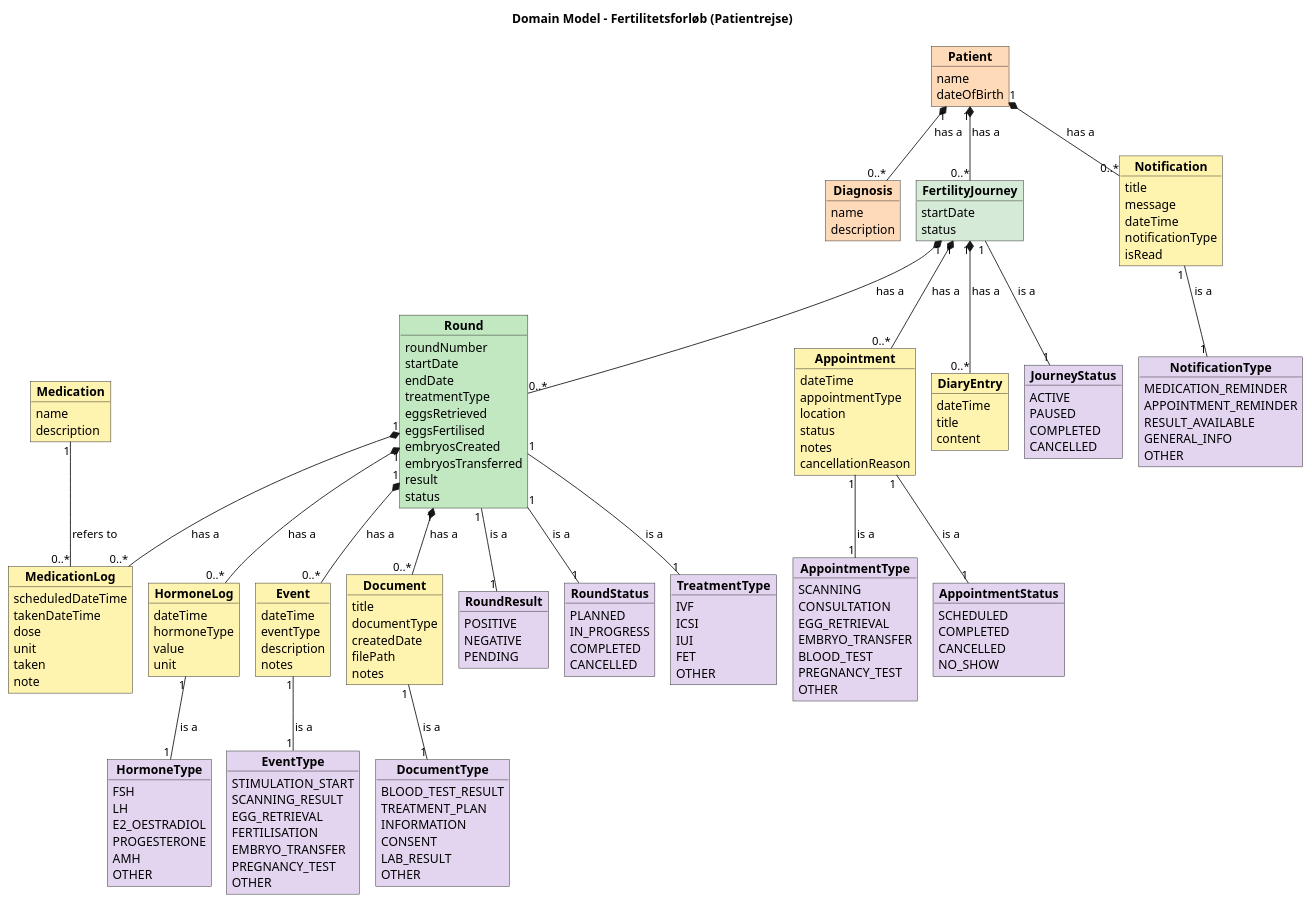
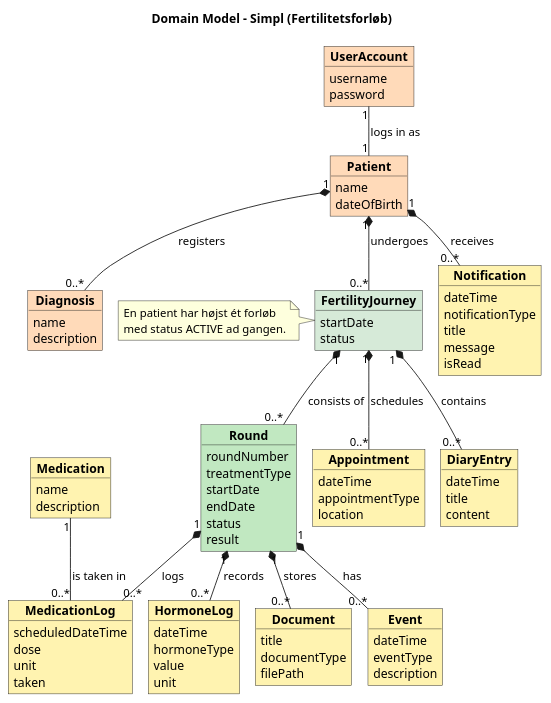
Before and after one commit to BesimaP/PET-2.semester-Simpl: the diagram in doc/static/Domænemodel1.puml, drawn with PlantUML.

Commit message:
Tasks sat ind

```diff
--- a/doc/static/Domænemodel1.puml
+++ b/doc/static/Domænemodel1.puml
@@ -1,197 +1,119 @@
 @startuml
 !pragma layout smetana
 
-title Domain Model - Fertilitetsforløb (Patientrejse)
+title Domain Model - Simpl (Fertilitetsforløb)
+
+' ---------- Bruger og patient (US5, US6, US7) ----------
+
+object "<b>UserAccount</b>" as UserAccount #FFDAB9 {
+  username
+  password
+}
 
 object "<b>Patient</b>" as Patient #FFDAB9 {
   name
   dateOfBirth
 }
 
 object "<b>Diagnosis</b>" as Diagnosis #FFDAB9 {
   name
   description
 }
 
+' ---------- Forløb og runde (US1, US10) ----------
+
 object "<b>FertilityJourney</b>" as Journey #D6EAD8 {
   startDate
   status
 }
 
 object "<b>Round</b>" as Round #C1E8C1 {
   roundNumber
+  treatmentType
   startDate
   endDate
-  treatmentType
-  eggsRetrieved
-  eggsFertilised
-  embryosCreated
-  embryosTransferred
+  status
   result
-  status
 }
+
+' ---------- Ting på forløbet (US3, US4) ----------
 
 object "<b>Appointment</b>" as Appointment #FFF3B0 {
   dateTime
   appointmentType
   location
-  status
-  notes
-  cancellationReason
+}
+
+object "<b>DiaryEntry</b>" as DiaryEntry #FFF3B0 {
+  dateTime
+  title
+  content
+}
+
+' ---------- Ting på runden (US2, US8, US9, US11) ----------
+
+object "<b>Event</b>" as Event #FFF3B0 {
+  dateTime
+  eventType
+  description
 }
 
 object "<b>Medication</b>" as Medication #FFF3B0 {
   name
   description
 }
 
 object "<b>MedicationLog</b>" as MedicationLog #FFF3B0 {
   scheduledDateTime
-  takenDateTime
   dose
   unit
   taken
-  note
 }
 
 object "<b>HormoneLog</b>" as HormoneLog #FFF3B0 {
   dateTime
   hormoneType
   value
   unit
 }
 
-object "<b>Event</b>" as Event #FFF3B0 {
-  dateTime
-  eventType
-  description
-  notes
-}
-
-object "<b>DiaryEntry</b>" as DiaryEntry #FFF3B0 {
-  dateTime
-  title
-  content
-}
-
 object "<b>Document</b>" as Document #FFF3B0 {
   title
   documentType
-  createdDate
   filePath
-  notes
 }
 
+' ---------- Notifikationer (US12) ----------
+
 object "<b>Notification</b>" as Notification #FFF3B0 {
+  dateTime
+  notificationType
   title
   message
-  dateTime
-  notificationType
   isRead
 }
 
-object "<b>JourneyStatus</b>" as JourneyStatus #E3D5F0 {
-  ACTIVE
-  PAUSED
-  COMPLETED
-  CANCELLED
-}
+' ---------- Associationer ----------
 
-object "<b>RoundResult</b>" as RoundResult #E3D5F0 {
-  POSITIVE
-  NEGATIVE
-  PENDING
-}
+UserAccount "1" -- "1" Patient : logs in as >
 
-object "<b>RoundStatus</b>" as RoundStatus #E3D5F0 {
-  PLANNED
-  IN_PROGRESS
-  COMPLETED
-  CANCELLED
-}
+Patient "1" *-- "0..*" Diagnosis : registers >
+Patient "1" *-- "0..*" Journey : undergoes >
+Patient "1" *-- "0..*" Notification : receives >
 
-object "<b>TreatmentType</b>" as TreatmentType #E3D5F0 {
-  IVF
-  ICSI
-  IUI
-  FET
-  OTHER
-}
+Journey "1" *-- "0..*" Round : consists of >
+Journey "1" *-- "0..*" Appointment : schedules >
+Journey "1" *-- "0..*" DiaryEntry : contains >
 
-object "<b>AppointmentType</b>" as AppointmentType #E3D5F0 {
-  SCANNING
-  CONSULTATION
-  EGG_RETRIEVAL
-  EMBRYO_TRANSFER
-  BLOOD_TEST
-  PREGNANCY_TEST
-  OTHER
-}
+Round "1" *-- "0..*" Event : has >
+Round "1" *-- "0..*" HormoneLog : records >
+Round "1" *-- "0..*" Document : stores >
+Round "1" *-- "0..*" MedicationLog : logs >
+Medication "1" -- "0..*" MedicationLog : is taken in >
 
-object "<b>AppointmentStatus</b>" as AppointmentStatus #E3D5F0 {
-  SCHEDULED
-  COMPLETED
-  CANCELLED
-  NO_SHOW
-}
-
-object "<b>HormoneType</b>" as HormoneType #E3D5F0 {
-  FSH
-  LH
-  E2_OESTRADIOL
-  PROGESTERONE
-  AMH
-  OTHER
-}
-
-object "<b>EventType</b>" as EventType #E3D5F0 {
-  STIMULATION_START
-  SCANNING_RESULT
-  EGG_RETRIEVAL
-  FERTILISATION
-  EMBRYO_TRANSFER
-  PREGNANCY_TEST
-  OTHER
-}
-
-object "<b>DocumentType</b>" as DocumentType #E3D5F0 {
-  BLOOD_TEST_RESULT
-  TREATMENT_PLAN
-  INFORMATION
-  CONSENT
-  LAB_RESULT
-  OTHER
-}
-
-object "<b>NotificationType</b>" as NotificationType #E3D5F0 {
-  MEDICATION_REMINDER
-  APPOINTMENT_REMINDER
-  RESULT_AVAILABLE
-  GENERAL_INFO
-  OTHER
-}
-
-Patient "1" *-- "0..*" Journey : has a
-Patient "1" *-- "0..*" Diagnosis : has a
-Patient "1" *-- "0..*" Notification : has a
-Journey "1" *-- "0..*" Round : has a
-Journey "1" *-- "0..*" Appointment : has a
-Journey "1" *-- "0..*" DiaryEntry : has a
-Round "1" *-- "0..*" MedicationLog : has a
-Medication "1" -- "0..*" MedicationLog : refers to
-Round "1" *-- "0..*" HormoneLog : has a
-Round "1" *-- "0..*" Event : has a
-Round "1" *-- "0..*" Document : has a
-
-Journey "1" -- "1" JourneyStatus : is a
-Round "1" -- "1" RoundResult : is a
-Round "1" -- "1" RoundStatus : is a
-Round "1" -- "1" TreatmentType : is a
-Appointment "1" -- "1" AppointmentType : is a
-Appointment "1" -- "1" AppointmentStatus : is a
-HormoneLog "1" -- "1" HormoneType : is a
-Event "1" -- "1" EventType : is a
-Document "1" -- "1" DocumentType : is a
-Notification "1" -- "1" NotificationType : is a
+note left of Journey
+  En patient har højst ét forløb
+  med status ACTIVE ad gangen.
+end note
 
 @enduml
```
